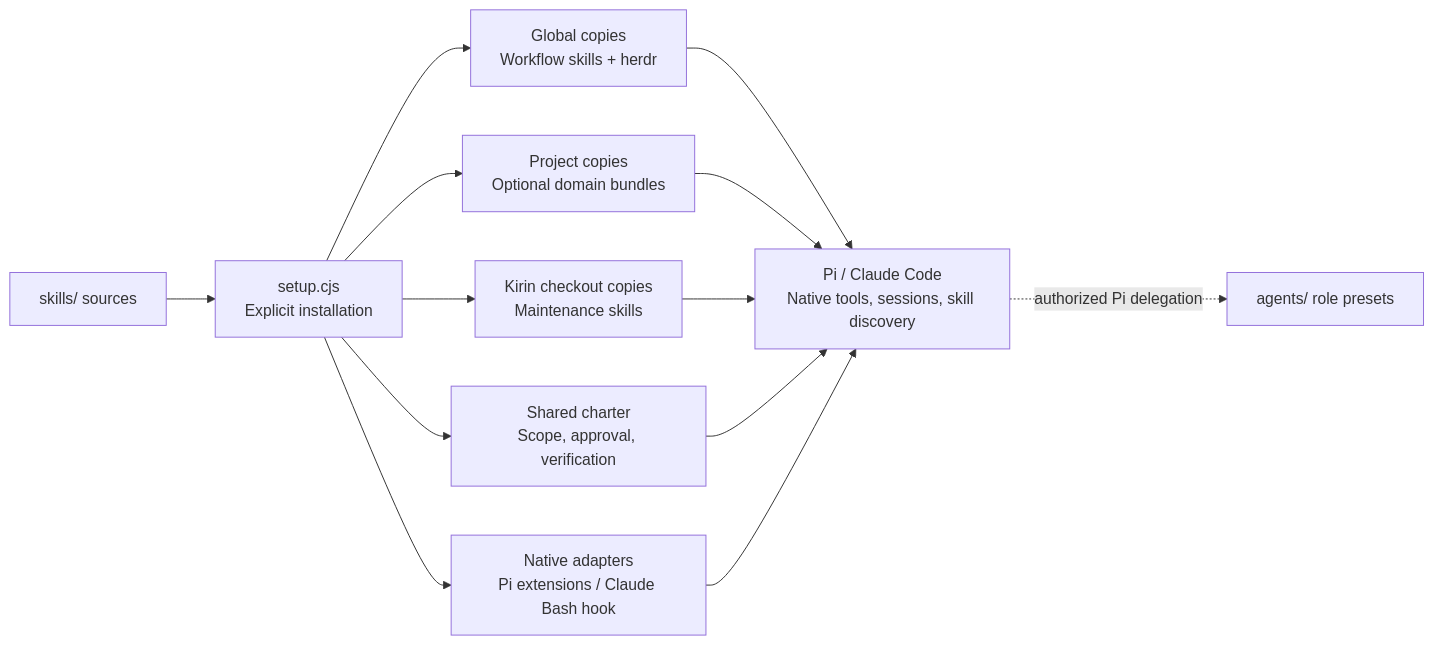
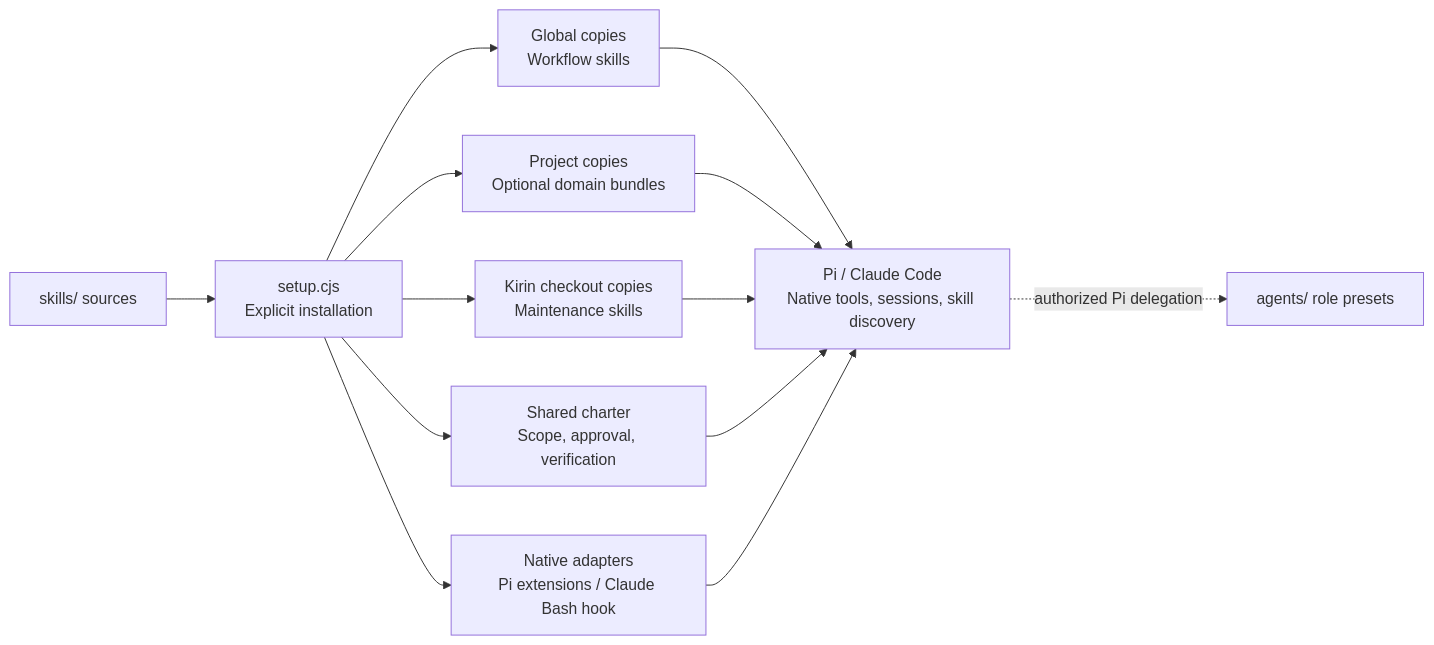
One commit to bryan824/kirin-pi changed the first of 2 diagrams in README.md. Above: the diagram before and after it, drawn with Mermaid. The commit also changed other lines of this file and 11 other files, not shown here.

````diff
--- a/README.md
+++ b/README.md
@@ -23,15 +23,15 @@
 ```mermaid
 flowchart LR
   sources["skills/ sources"] --> installer["setup.cjs<br/>Explicit installation"]
-  installer --> global["Global copies<br/>Workflow skills + herdr"]
+  installer --> global["Global copies<br/>Workflow skills"]
   installer --> project["Project copies<br/>Optional domain bundles"]
   installer --> local["Kirin checkout copies<br/>Maintenance skills"]
   installer --> charter["Shared charter<br/>Scope, approval, verification"]
   installer --> adapters["Native adapters<br/>Pi extensions / Claude Bash hook"]
   global --> hosts["Pi / Claude Code<br/>Native tools, sessions, skill discovery"]
   project --> hosts
   local --> hosts
   charter --> hosts
   adapters --> hosts
   hosts -. "authorized Pi delegation" .-> roles["agents/ role presets"]
 ```
````
